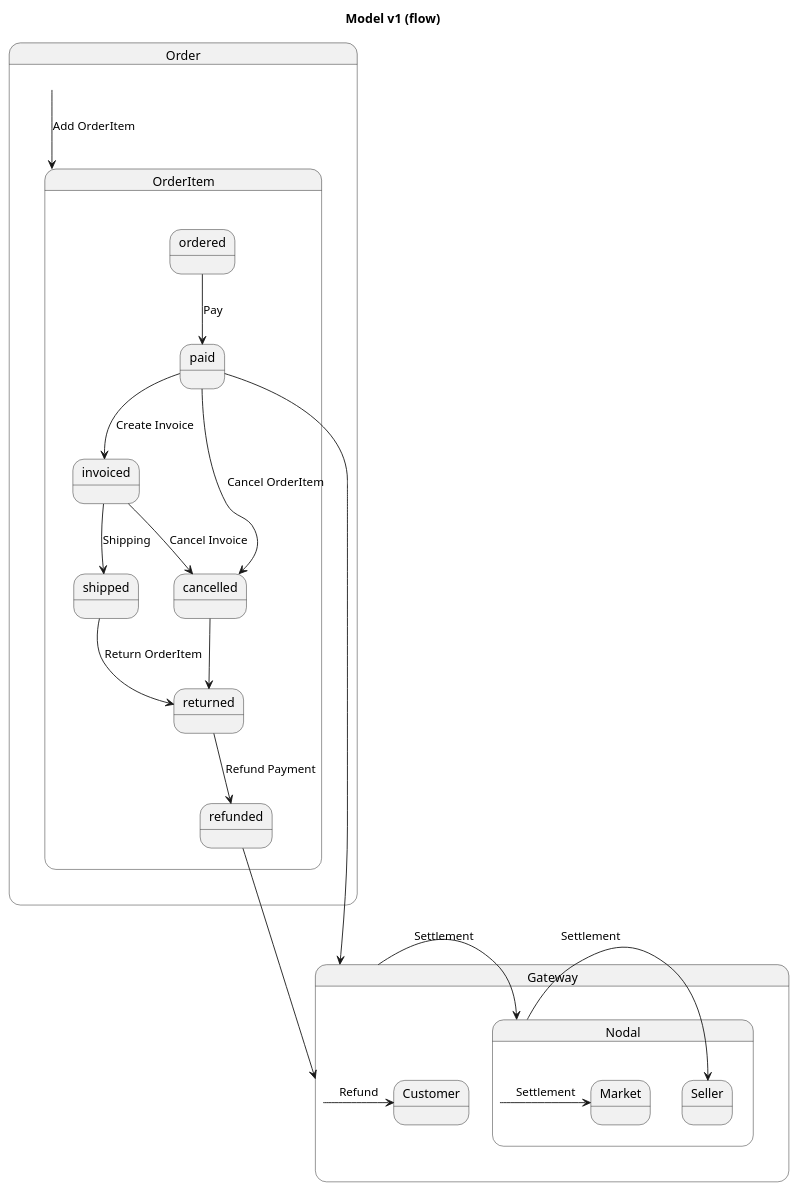
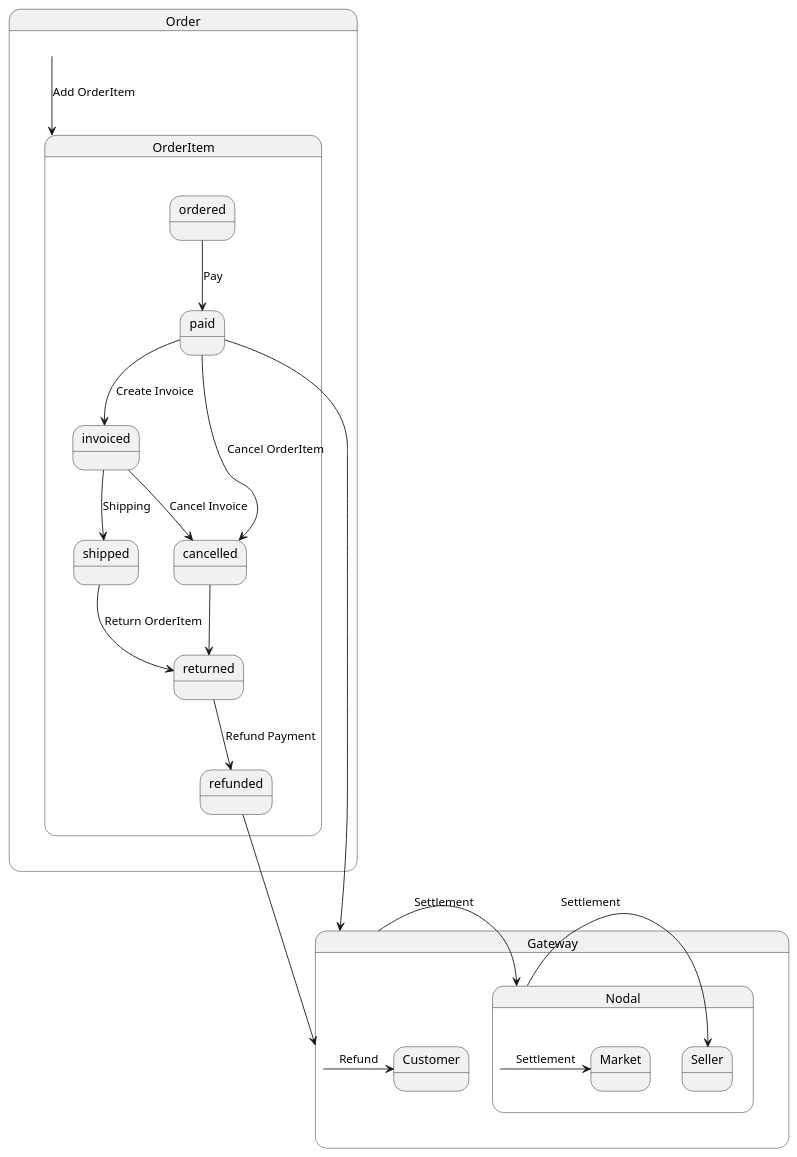
The diagram in docs/v1/flow.puml (opsway/nodal), drawn with PlantUML before and after one commit. The commit also changed 2 other files, not shown here.

```diff
--- a/docs/v1/flow.puml
+++ b/docs/v1/flow.puml
@@ -1,39 +1,38 @@
 @startuml
 
-title <b>Model v1 (flow)</b>
 skinparam shadowing false
 
 state Gateway {
   Gateway -> Customer: Refund
   Gateway -> Nodal: Settlement
 
 }
 
 state Nodal {
   Nodal -> Seller: Settlement
   Nodal -> Market: Settlement
 }
 
 state Seller {
 }
 
 state Market {
 }
 
 state Order {
   Order --> OrderItem: Add OrderItem
 }
 
 state OrderItem {
   ordered --> paid: Pay
   paid --> invoiced: Create Invoice
   paid --> cancelled: Cancel OrderItem
   invoiced --> cancelled: Cancel Invoice
   invoiced --> shipped: Shipping
   shipped --> returned: Return OrderItem
   returned --> refunded: Refund Payment
   refunded --> Gateway
   cancelled --> returned
   paid --> Gateway
 }
 @enduml
```
